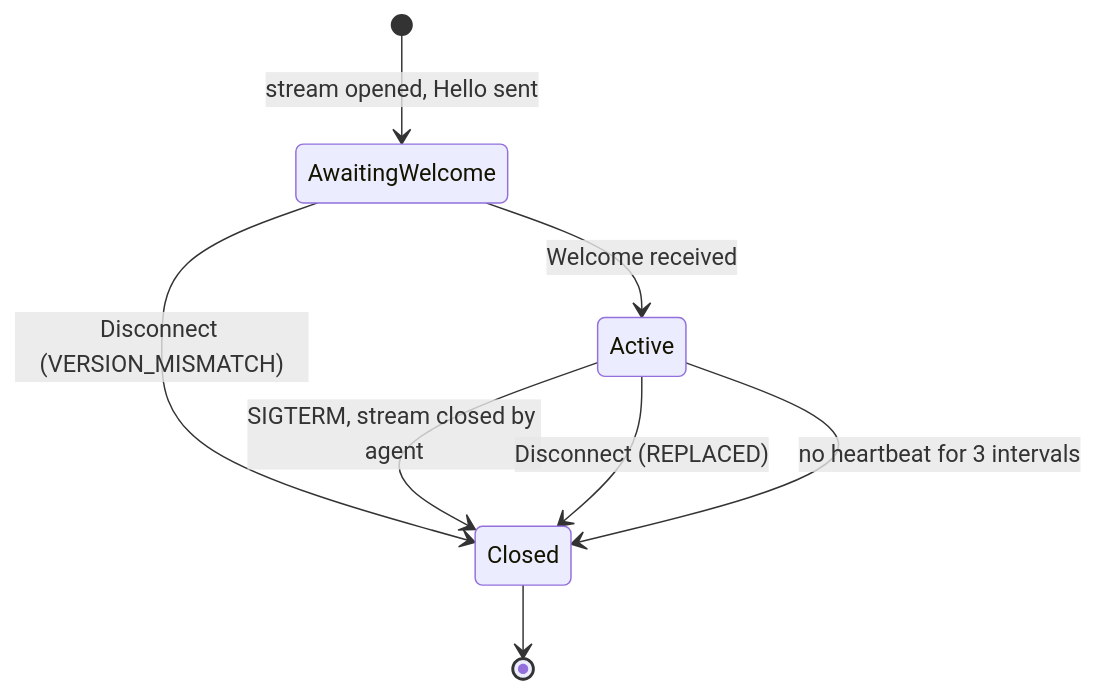
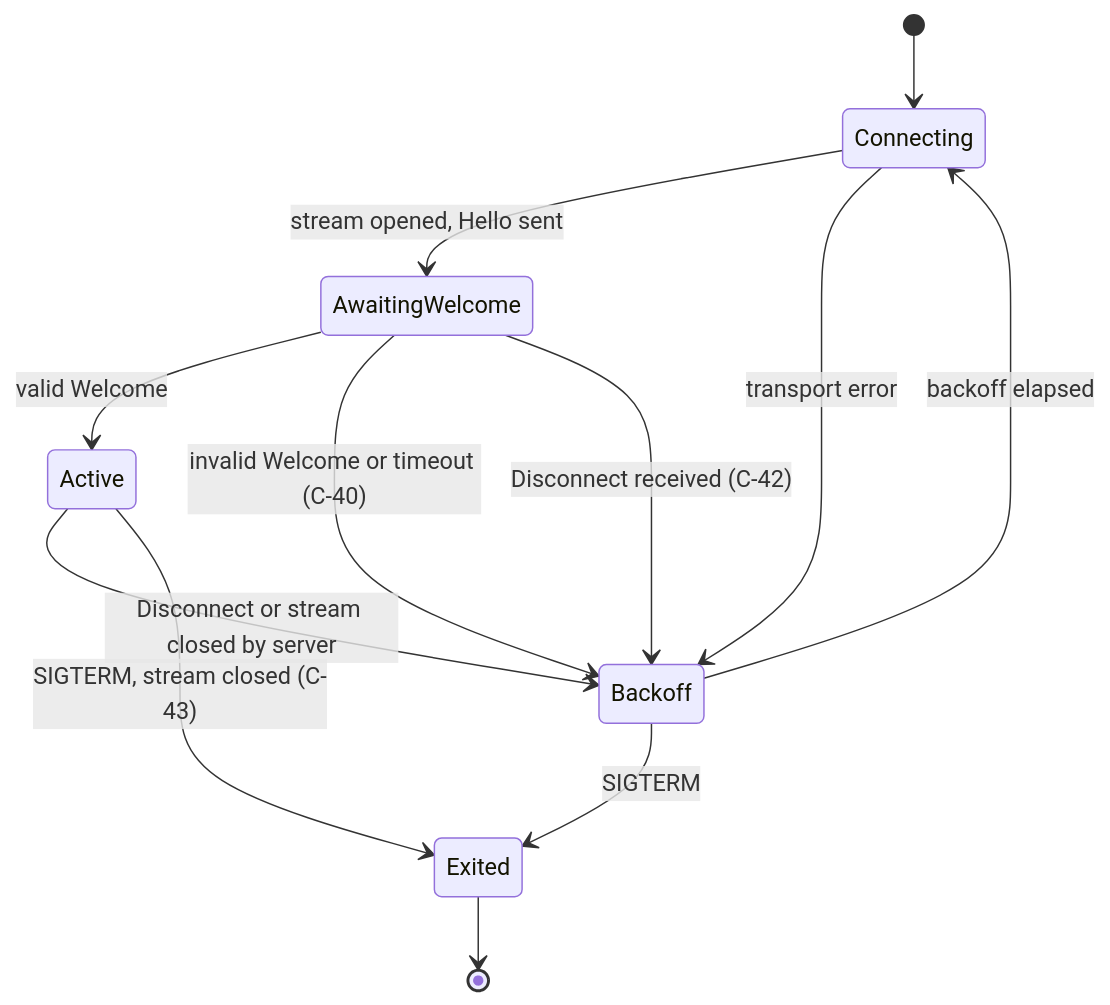
Before and after one commit to GrandAdmiralBee/fleetwatch: the fourth of 4 diagrams in docs/src/architecture/03-agent-protocol.md, drawn with Mermaid. The commit also changed other lines of this file, not shown here.

````diff
--- a/docs/src/architecture/03-agent-protocol.md
+++ b/docs/src/architecture/03-agent-protocol.md
@@ -75,10 +199,14 @@
 ```mermaid
 stateDiagram-v2
-    [*] --> AwaitingWelcome: stream opened, Hello sent
-    AwaitingWelcome --> Active: Welcome received
-    AwaitingWelcome --> Closed: Disconnect (VERSION_MISMATCH)
-    Active --> Closed: SIGTERM, stream closed by agent
-    Active --> Closed: Disconnect (REPLACED)
-    Active --> Closed: no heartbeat for 3 intervals
-    Closed --> [*]
+    [*] --> Connecting
+    Connecting --> AwaitingWelcome: stream opened, Hello sent
+    Connecting --> Backoff: transport error
+    AwaitingWelcome --> Active: valid Welcome
+    AwaitingWelcome --> Backoff: invalid Welcome or timeout (C-40)
+    AwaitingWelcome --> Backoff: Disconnect received (C-42)
+    Active --> Backoff: Disconnect or stream closed by server
+    Active --> Exited: SIGTERM, stream closed (C-43)
+    Backoff --> Connecting: backoff elapsed
+    Backoff --> Exited: SIGTERM
+    Exited --> [*]
 ```
````
